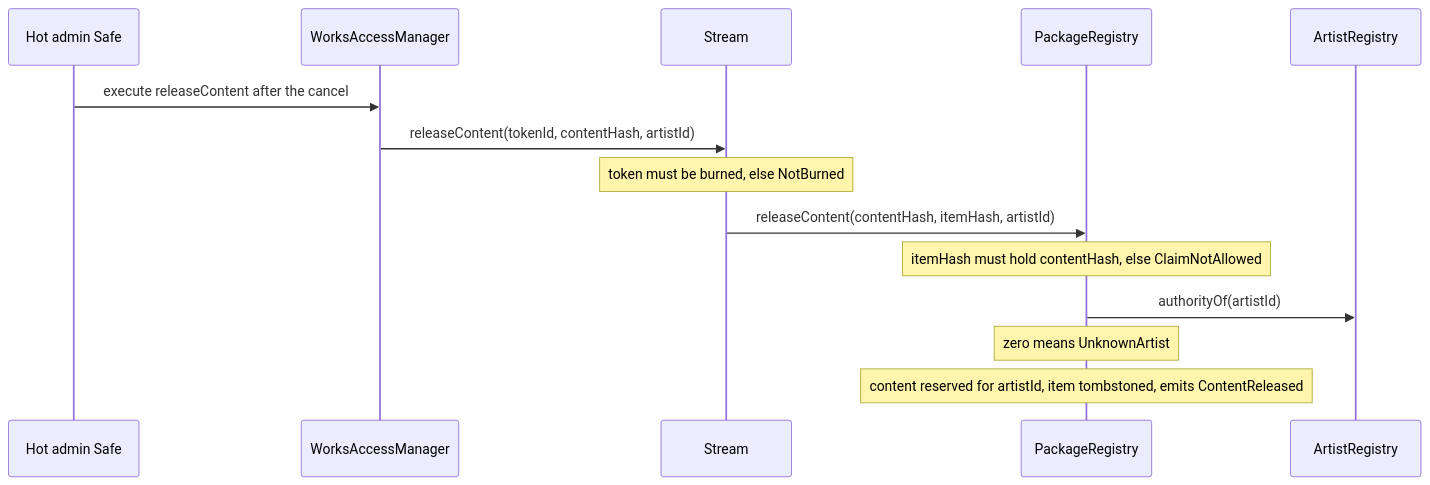
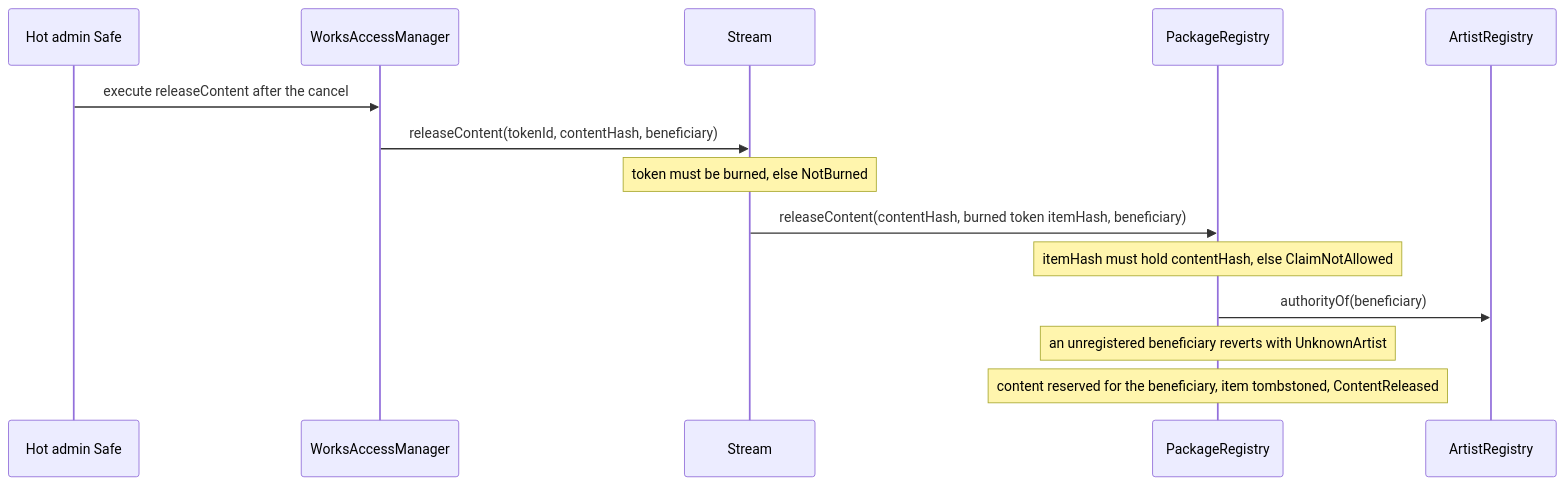
The fifth of 9 diagrams in docs/spec/disputes-and-statements.md (6529-Collections/6529-works), drawn with Mermaid before and after one commit. The commit also changed other lines of this file and 36 other files, not shown here.

````diff
--- a/docs/spec/disputes-and-statements.md
+++ b/docs/spec/disputes-and-statements.md
@@ -424,16 +276,16 @@
 ```mermaid
 sequenceDiagram
     participant S as Hot admin Safe
     participant M as WorksAccessManager
     participant T as Stream
     participant R as PackageRegistry
     participant AR as ArtistRegistry
     S->>M: execute releaseContent after the cancel
-    M->>T: releaseContent(tokenId, contentHash, artistId)
+    M->>T: releaseContent(tokenId, contentHash, beneficiary)
     Note over T: token must be burned, else NotBurned
-    T->>R: releaseContent(contentHash, itemHash, artistId)
+    T->>R: releaseContent(contentHash, burned token itemHash, beneficiary)
     Note over R: itemHash must hold contentHash, else ClaimNotAllowed
-    R->>AR: authorityOf(artistId)
-    Note over R: zero means UnknownArtist
-    Note over R: content reserved for artistId, item tombstoned, emits ContentReleased
+    R->>AR: authorityOf(beneficiary)
+    Note over R: an unregistered beneficiary reverts with UnknownArtist
+    Note over R: content reserved for the beneficiary, item tombstoned, ContentReleased
 ```
````
